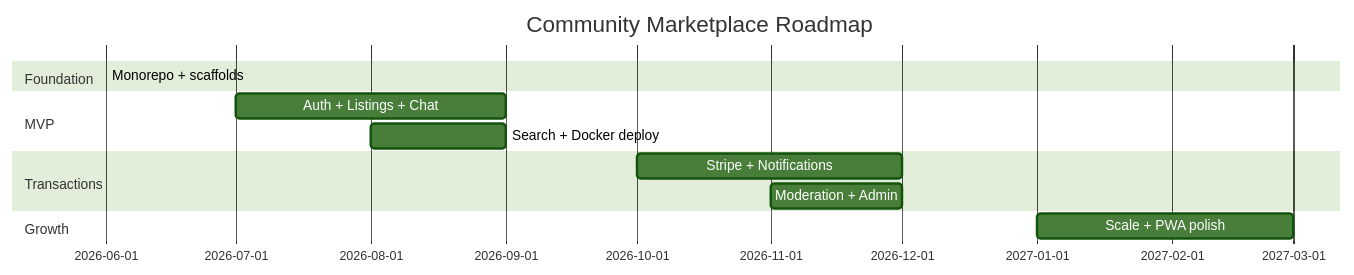
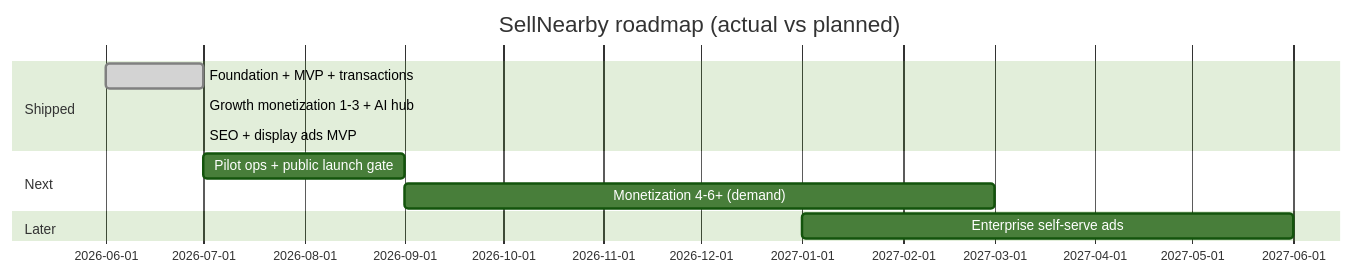
One commit to golpochat/community-marketplace changed the diagram in docs/product/roadmap.md. Above: the diagram before and after it, drawn with Mermaid (forest theme). The commit also changed other lines of this file and 64 other files, not shown here.

First line of the commit message:
Sync docs with shipped SellNearby product and APIs.

````diff
--- a/docs/product/roadmap.md
+++ b/docs/product/roadmap.md
@@ -65,15 +45,14 @@
 ```mermaid
 gantt
-    title Community Marketplace Roadmap
+    title SellNearby roadmap (actual vs planned)
     dateFormat YYYY-MM
-    section Foundation
-    Monorepo + scaffolds     :done, 2026-06, 2026-06
-    section MVP
-    Auth + Listings + Chat   :2026-07, 2026-09
-    Search + Docker deploy   :2026-08, 2026-09
-    section Transactions
-    Stripe + Notifications   :2026-10, 2026-12
-    Moderation + Admin       :2026-11, 2026-12
-    section Growth
-    Scale + PWA polish       :2027-01, 2027-03
+    section Shipped
+    Foundation + MVP + transactions   :done, 2026-06, 2026-07
+    Growth monetization 1-3 + AI hub  :done, 2026-07, 2026-07
+    SEO + display ads MVP             :done, 2026-07, 2026-07
+    section Next
+    Pilot ops + public launch gate    :2026-07, 2026-09
+    Monetization 4-6+ (demand)        :2026-09, 2027-03
+    section Later
+    Enterprise self-serve ads         :2027-01, 2027-06
 ```
````
